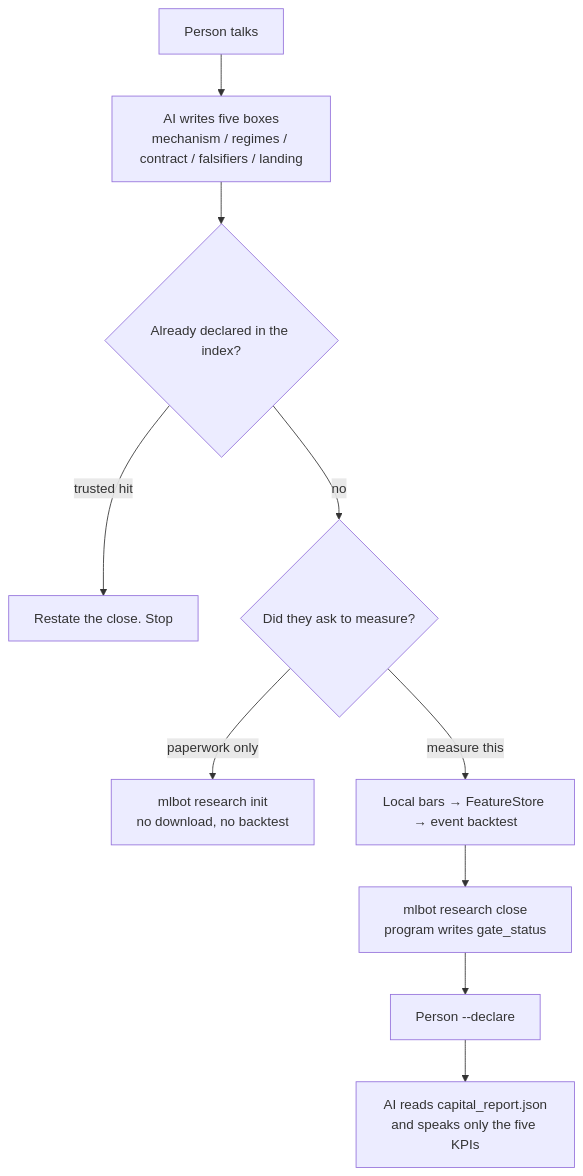
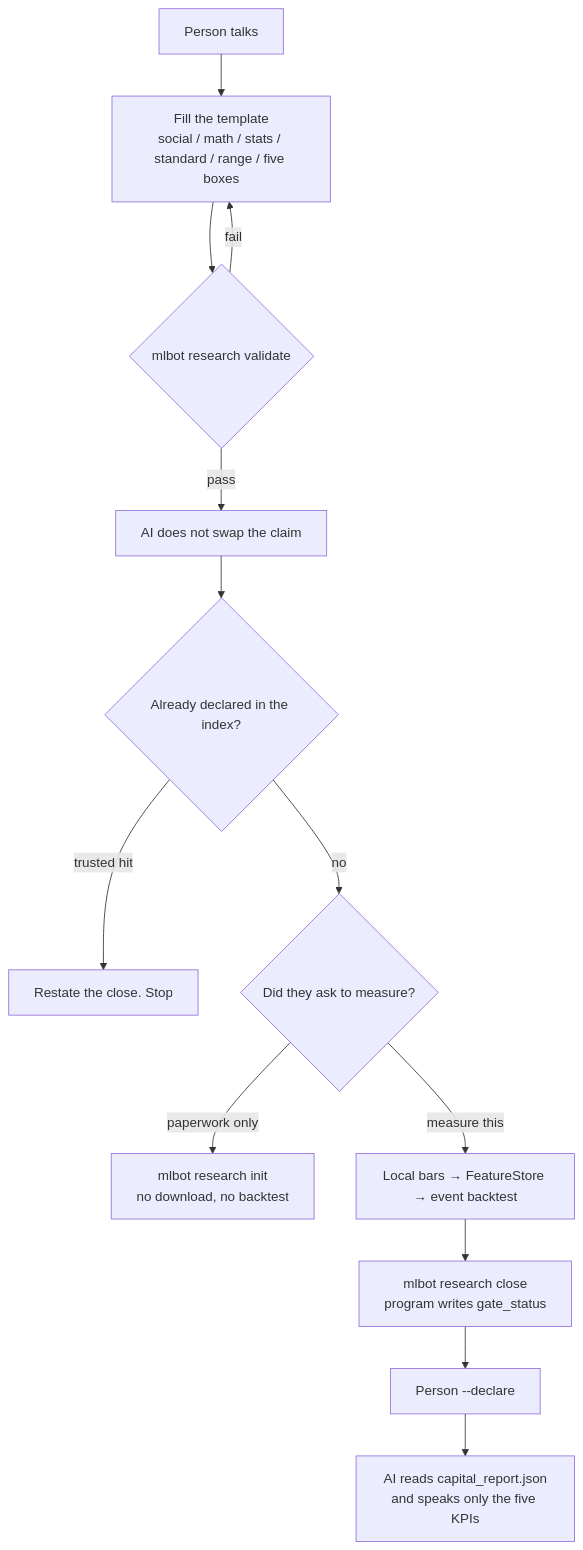
The first of 2 diagrams in docs/ARCHITECTURE.en.md (TradeEdgeX/interpretable-ml-trading), drawn with Mermaid before and after one commit. The commit also changed other lines of this file and 21 other files, not shown here.

First line of the commit message:
Add hypothesis template anatomy and mlbot research validate.

````diff
--- a/docs/ARCHITECTURE.en.md
+++ b/docs/ARCHITECTURE.en.md
@@ -23,12 +23,15 @@
 ```mermaid
 flowchart TD
-  H[Person talks] --> A[AI writes five boxes<br/>mechanism / regimes / contract / falsifiers / landing]
+  H[Person talks] --> T[Fill the template<br/>social / math / stats / standard / range / five boxes]
+  T --> V{mlbot research validate}
+  V -->|fail| T
+  V -->|pass| A[AI does not swap the claim]
   A --> I{Already declared in the index?}
   I -->|trusted hit| STOP[Restate the close. Stop]
   I -->|no| ASK{Did they ask to measure?}
   ASK -->|paperwork only| INIT["mlbot research init<br/>no download, no backtest"]
   ASK -->|measure this| MEAS[Local bars → FeatureStore → event backtest]
   MEAS --> CLOSE["mlbot research close<br/>program writes gate_status"]
   CLOSE --> HUM[Person --declare]
   HUM --> REP[AI reads capital_report.json<br/>and speaks only the five KPIs]
 ```
````
